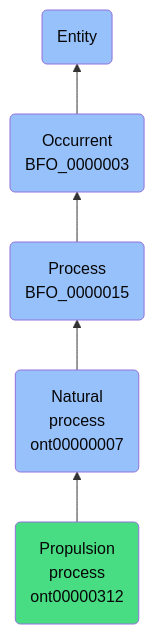
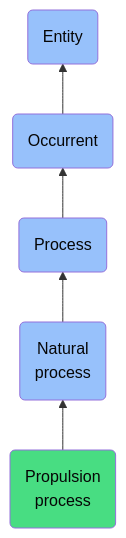
The diagram in docs/ontology/reference/model/Entity/Occurrent/Process/Natural process/Propulsion process/Propulsion process.md (jupyter-naas/abi), drawn with Mermaid before and after one commit. The commit also changed other lines of this file and 1430 other files, not shown here.

````diff
--- a/docs/ontology/reference/model/Entity/Occurrent/Process/Natural process/Propulsion process/Propulsion process.md
+++ b/docs/ontology/reference/model/Entity/Occurrent/Process/Natural process/Propulsion process/Propulsion process.md
@@ -30,12 +30,12 @@
 ```mermaid
 graph BT
-    ont00000312(Propulsion<br>process<br>ont00000312):::ABI-->ont00000007
-    ont00000007(Natural<br>process<br>ont00000007):::BFO-->BFO_0000015
-    BFO_0000015(Process<br>BFO_0000015):::BFO-->BFO_0000003
-    BFO_0000003(Occurrent<br>BFO_0000003):::BFO-->BFO_0000001
+    ont00000312(Propulsion<br>process):::ABI-->ont00000007
+    ont00000007(Natural<br>process):::BFO-->BFO_0000015
+    BFO_0000015(Process):::BFO-->BFO_0000003
+    BFO_0000003(Occurrent):::BFO-->BFO_0000001
     BFO_0000001(Entity):::BFO
     
     classDef BFO fill:#97c1fb,color:#060606
     classDef CCO fill:#e4c51e,color:#060606
     classDef ABI fill:#48DD82,color:#060606
 ```
````
